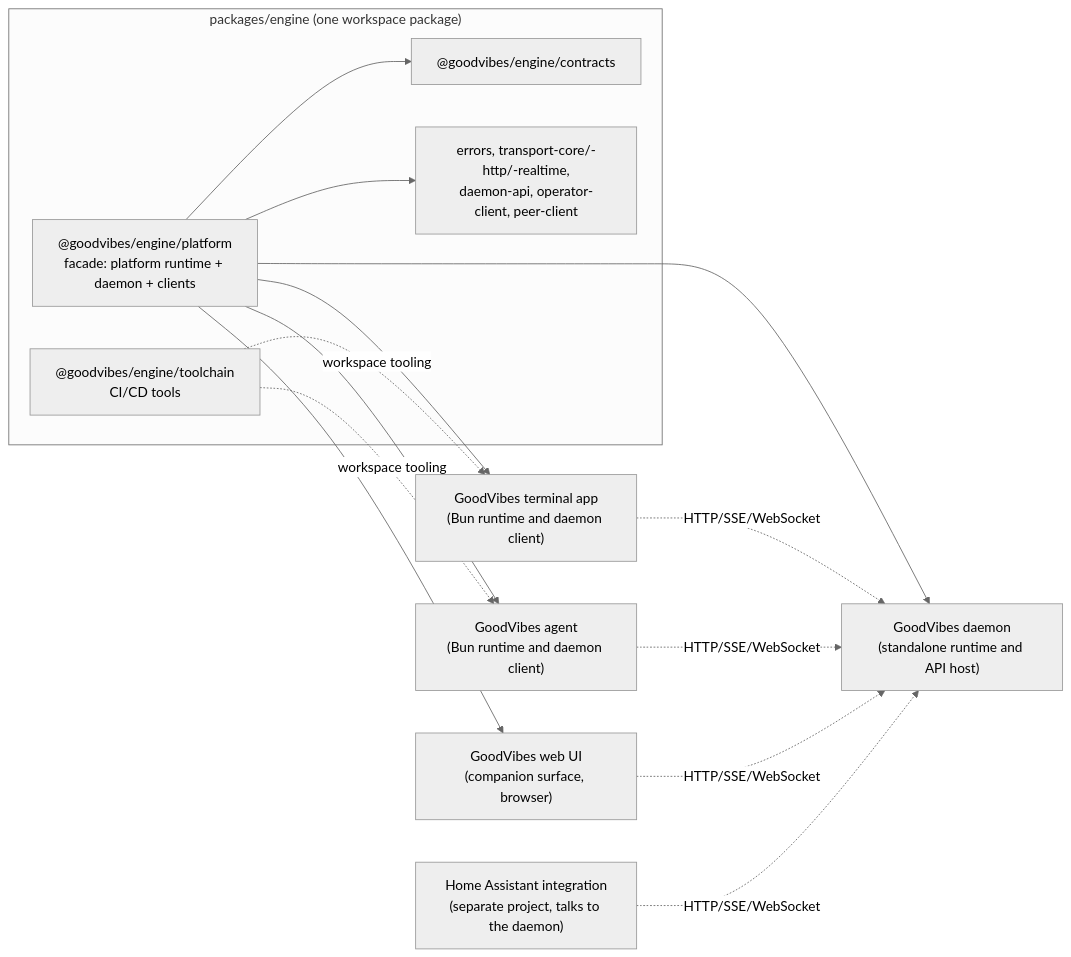
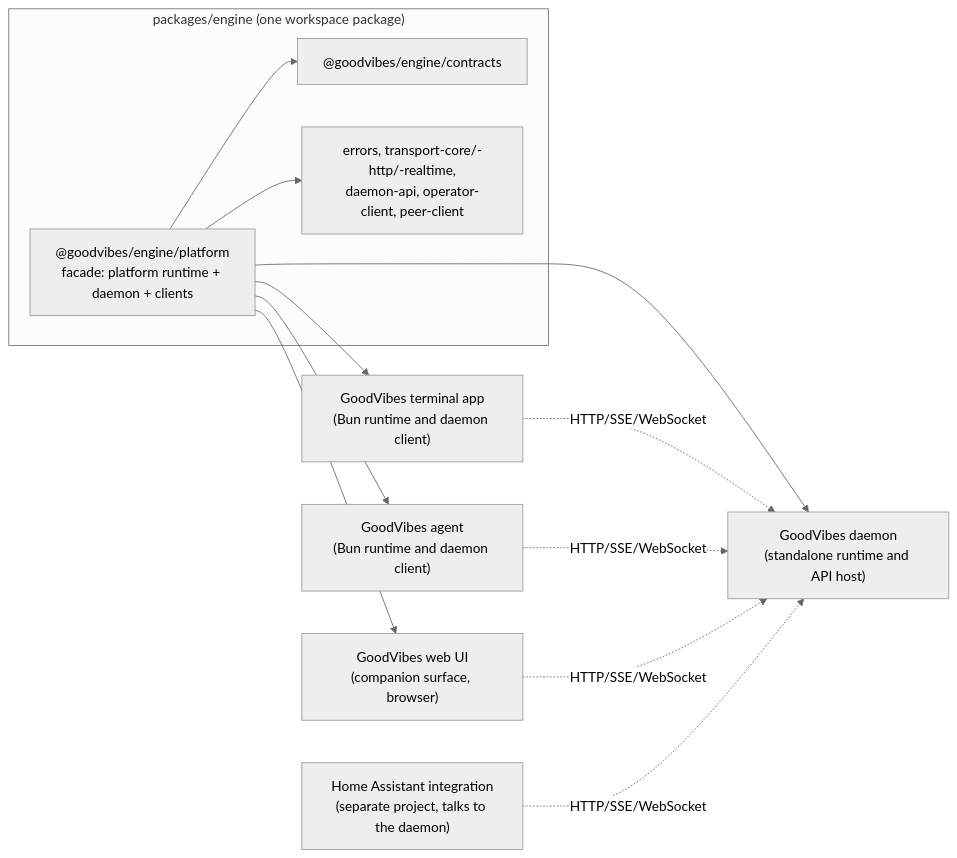
Before and after one commit to mgd34msu/goodvibes: the diagram in packages/engine/README.md, drawn with Mermaid (neutral theme). The commit also changed other lines of this file and 286 other files, not shown here.

````diff
--- a/packages/engine/README.md
+++ b/packages/engine/README.md
@@ -18,28 +55,25 @@
 ```mermaid
 flowchart LR
     subgraph pkg["packages/engine (one workspace package)"]
         platform["@goodvibes/engine/platform<br/>facade: platform runtime + daemon + clients"]
         contracts["@goodvibes/engine/contracts"]
         siblings["errors, transport-core/-http/-realtime,<br/>daemon-api, operator-client, peer-client"]
-        toolchain["@goodvibes/engine/toolchain<br/>CI/CD tools"]
     end
     platform --> contracts
     platform --> siblings
 
     tui["GoodVibes terminal app<br/>(Bun runtime and daemon client)"]
     agent["GoodVibes agent<br/>(Bun runtime and daemon client)"]
     daemon["GoodVibes daemon<br/>(standalone runtime and API host)"]
     webui["GoodVibes web UI<br/>(companion surface, browser)"]
     ha["Home Assistant integration<br/>(separate project, talks to the daemon)"]
 
     platform --> tui
     platform --> agent
     platform --> daemon
     platform --> webui
     tui -. HTTP/SSE/WebSocket .-> daemon
     agent -. HTTP/SSE/WebSocket .-> daemon
     webui -. HTTP/SSE/WebSocket .-> daemon
     ha -. HTTP/SSE/WebSocket .-> daemon
-    toolchain -. workspace tooling .-> tui
-    toolchain -. workspace tooling .-> agent
 ```
````
